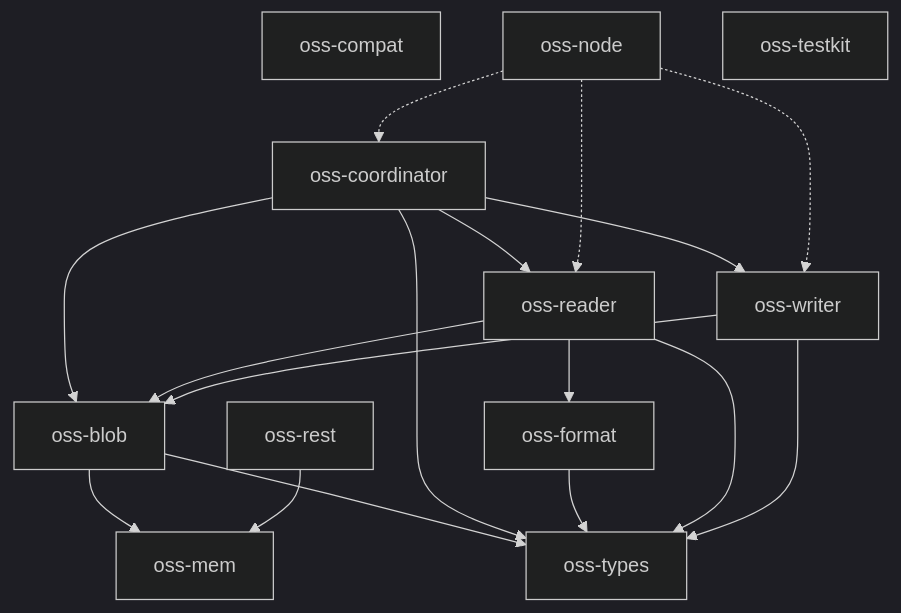
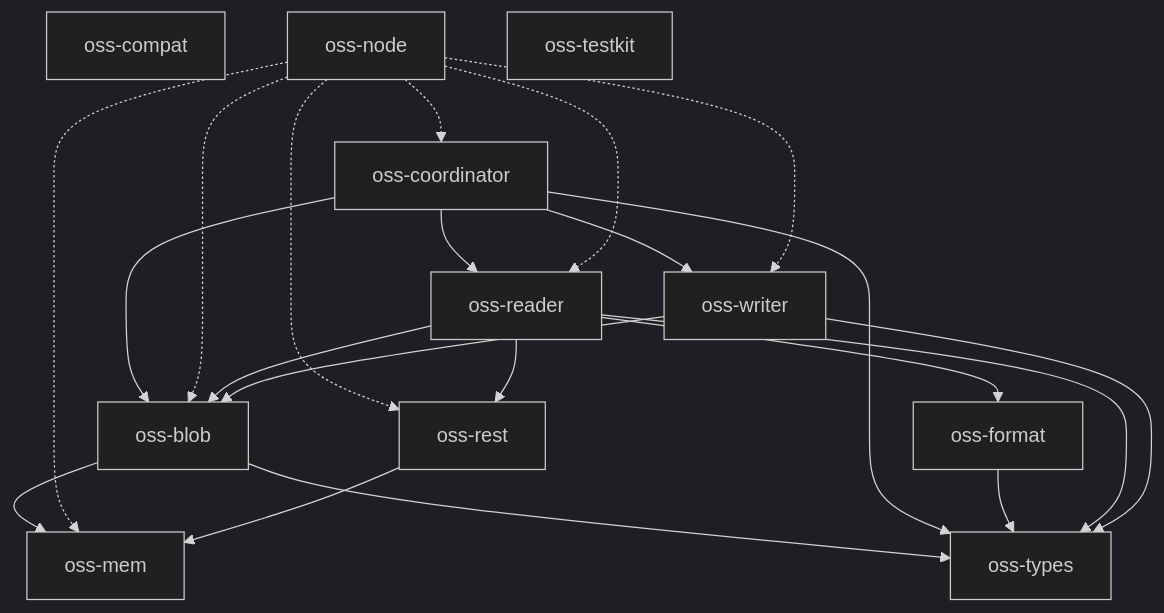
One commit to huyz0/opensearch-serverless changed the diagram in docs/architecture.md. Above: the diagram before and after it, drawn with Mermaid (dark theme). The commit also changed 85 other files, not shown here.

First line of the commit message:
feat(reader): serve _search on a reader node from the shell's published blobs

````diff
--- a/docs/architecture.md
+++ b/docs/architecture.md
@@ -10,23 +10,27 @@
 ```mermaid
 graph TD
     oss-blob --> oss-mem
     oss-blob --> oss-types
     oss-compat
     oss-coordinator --> oss-blob
     oss-coordinator --> oss-reader
     oss-coordinator --> oss-types
     oss-coordinator --> oss-writer
     oss-format --> oss-types
     oss-mem
+    oss-node -.-> oss-blob
     oss-node -.-> oss-coordinator
+    oss-node -.-> oss-mem
     oss-node -.-> oss-reader
+    oss-node -.-> oss-rest
     oss-node -.-> oss-writer
     oss-reader --> oss-blob
     oss-reader --> oss-format
+    oss-reader --> oss-rest
     oss-reader --> oss-types
     oss-rest --> oss-mem
     oss-testkit
     oss-types
     oss-writer --> oss-blob
     oss-writer --> oss-types
 ```
````
